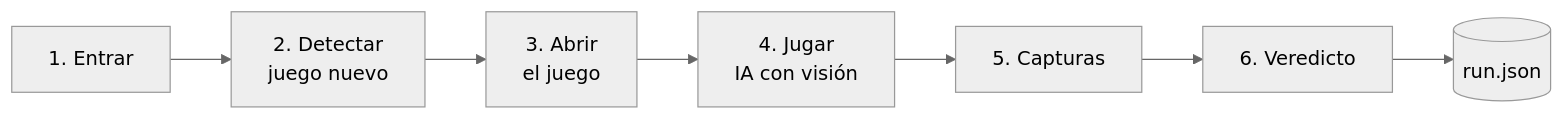
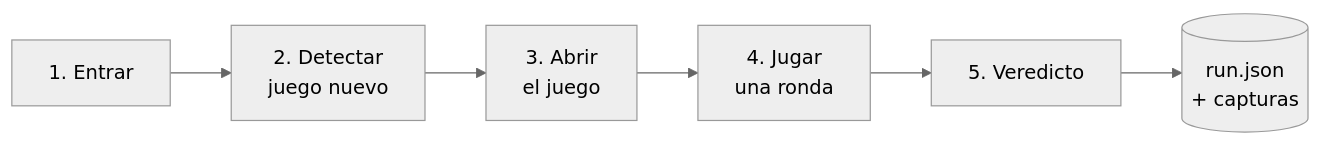
One commit to alegalanr/Malakathon3 changed the diagram in docs/diseno.md. Above: the diagram before and after it, drawn with Mermaid (neutral theme). The commit also changed other lines of this file and 11 other files, not shown here.

````diff
--- a/docs/diseno.md
+++ b/docs/diseno.md
@@ -11,9 +9,8 @@
 ```mermaid
 flowchart LR
     A[1. Entrar] --> B[2. Detectar<br/>juego nuevo]
     B --> C[3. Abrir<br/>el juego]
-    C --> D[4. Jugar<br/>IA con visión]
-    D --> E[5. Capturas]
-    E --> F[6. Veredicto]
-    F --> G[(run.json)]
+    C --> D[4. Jugar<br/>una ronda]
+    D --> E[5. Veredicto]
+    E --> F[(run.json<br/>+ capturas)]
 ```
````
